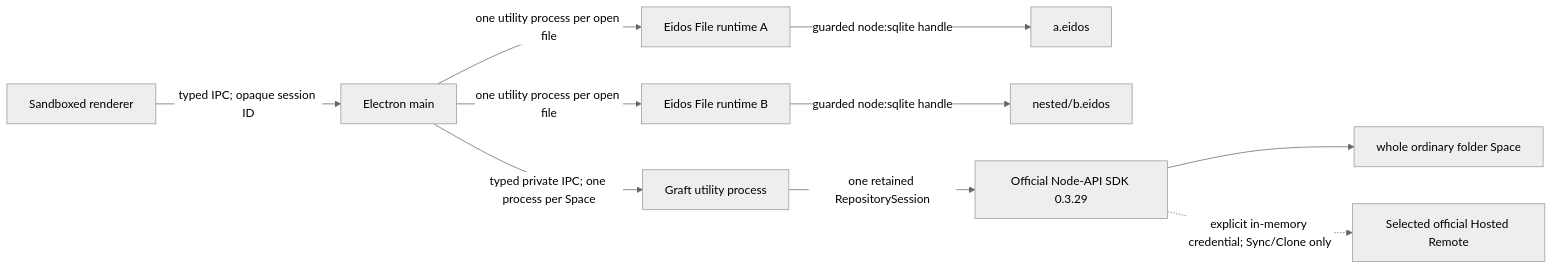
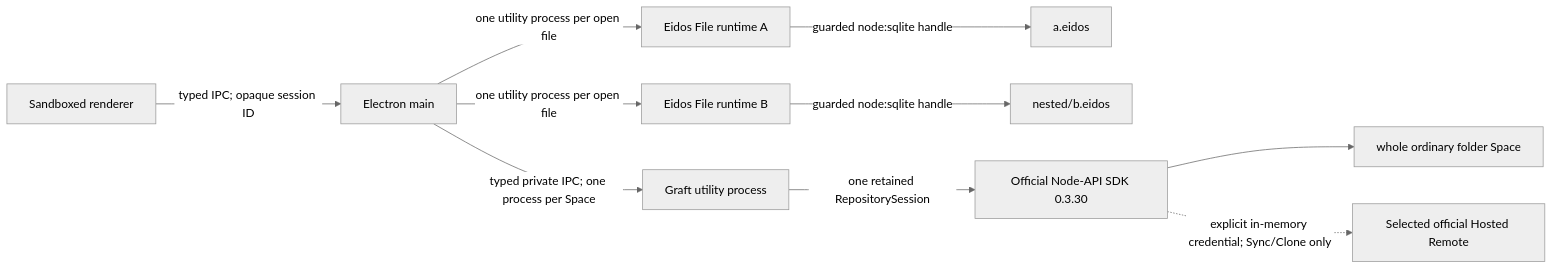
Before and after one commit to mayneyao/eidos: the first of 3 diagrams in apps/eidos-lite-desktop/docs/ARCHITECTURE.md, drawn with Mermaid (neutral theme). The commit also changed other lines of this file and 31 other files, not shown here.

````diff
--- a/apps/eidos-lite-desktop/docs/ARCHITECTURE.md
+++ b/apps/eidos-lite-desktop/docs/ARCHITECTURE.md
@@ -58,12 +58,12 @@
 ```mermaid
 flowchart LR
   R["Sandboxed renderer"] -->|"typed IPC; opaque session ID"| M["Electron main"]
   M -->|"one utility process per open file"| F1["Eidos File runtime A"]
   M -->|"one utility process per open file"| F2["Eidos File runtime B"]
   F1 -->|"guarded node:sqlite handle"| E1["a.eidos"]
   F2 -->|"guarded node:sqlite handle"| E2["nested/b.eidos"]
   M -->|"typed private IPC; one process per Space"| G["Graft utility process"]
-  G -->|"one retained RepositorySession"| N["Official Node-API SDK 0.3.29"]
+  G -->|"one retained RepositorySession"| N["Official Node-API SDK 0.3.30"]
   N --> S["whole ordinary folder Space"]
   N -. "explicit in-memory credential; Sync/Clone only" .-> H["Selected official Hosted Remote"]
 ```
````
